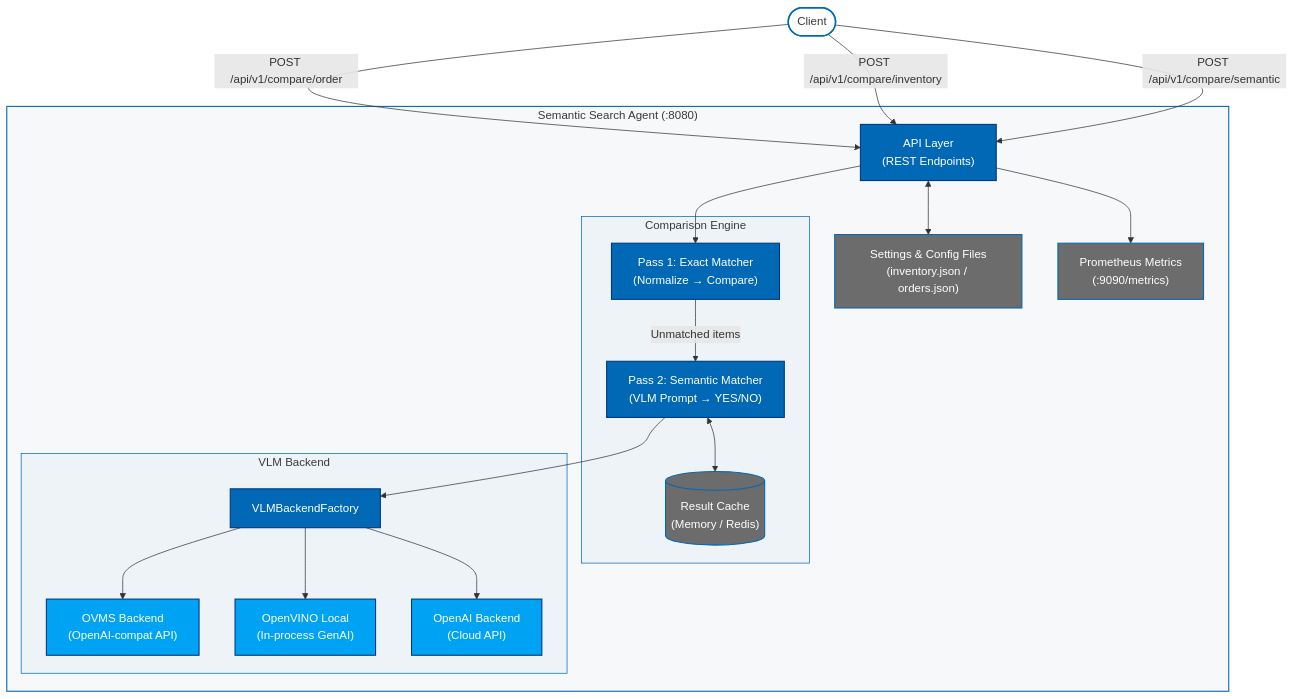
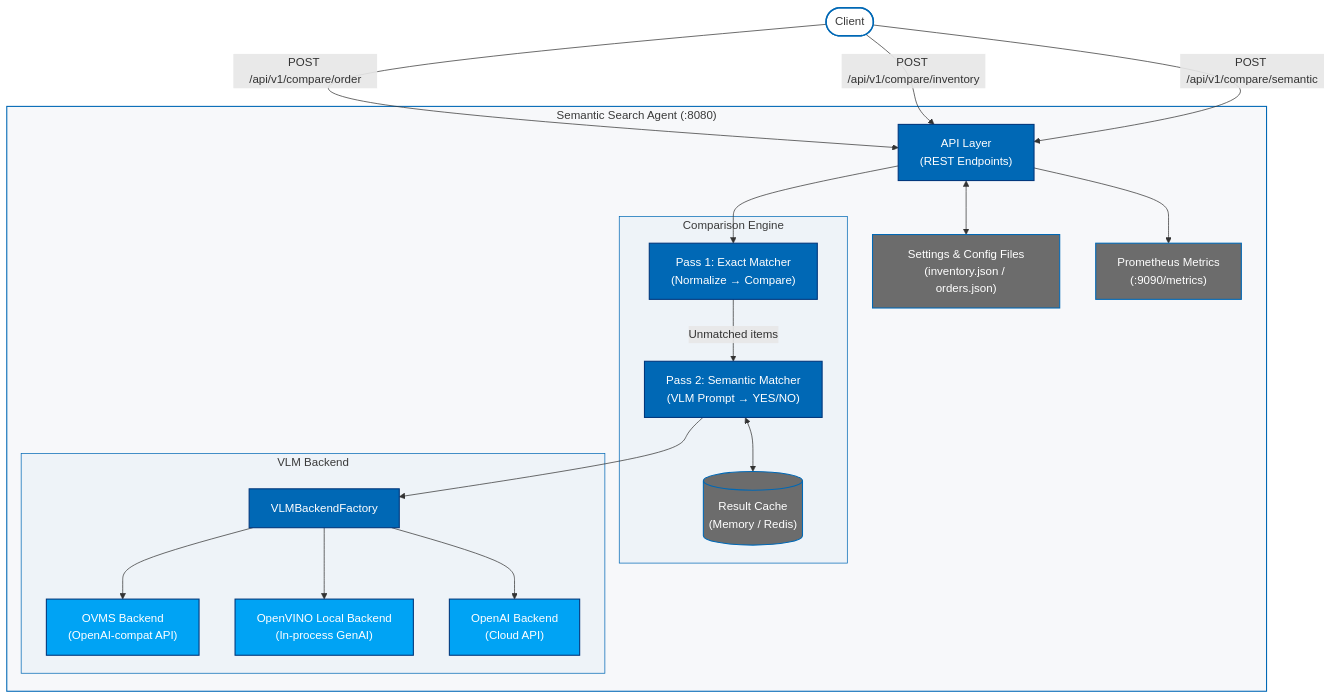
One commit to vkb1/edge-ai-libraries changed the diagram in microservices/semantic-search-agent/docs/user-guide/how-it-works.md. Above: the diagram before and after it, drawn with Mermaid. The commit also changed other lines of this file and 10 other files, not shown here.

````diff
--- a/microservices/semantic-search-agent/docs/user-guide/how-it-works.md
+++ b/microservices/semantic-search-agent/docs/user-guide/how-it-works.md
@@ -9,71 +9,71 @@
 ```mermaid
 %%{init: {
   'theme': 'base',
   'themeVariables': {
     'fontFamily': '"IntelOne Display", "Intel Clear", "Inter", "Segoe UI", Arial, sans-serif',
     'fontSize': '14px',
     'primaryColor': '#0068B5',
     'primaryTextColor': '#FFFFFF',
     'primaryBorderColor': '#00377C',
     'lineColor': '#00377C',
     'secondaryColor': '#EEF3F8',
     'tertiaryColor': '#F7F8FA',
     'background': '#FFFFFF',
     'mainBkg': '#FFFFFF',
     'clusterBkg': '#F7F8FA',
     'clusterBorder': '#0068B5',
     'edgeLabelBackground': '#FFFFFF',
     'noteBkgColor': '#F7F8FA',
     'noteTextColor': '#3A3A3A'
   }
 }}%%
 flowchart TD
     Client([Client])
 
     subgraph Service["Semantic Search Agent (:8080)"]
         API["API Layer<br/>(REST Endpoints)"]
 
         subgraph Engine["Comparison Engine"]
             ExactPass["Pass 1: Exact Matcher<br/>(Normalize → Compare)"]
             SemanticPass["Pass 2: Semantic Matcher<br/>(VLM Prompt → YES/NO)"]
             Cache[("Result Cache<br/>(Memory / Redis)")]
         end
 
         subgraph VLM["VLM Backend"]
             Factory["VLMBackendFactory"]
             OVMS["OVMS Backend<br/>(OpenAI-compat API)"]
-            OVLocal["OpenVINO Local<br/>(In-process GenAI)"]
+            OVLocal["OpenVINO Local Backend<br/>(In-process GenAI)"]
             OAI["OpenAI Backend<br/>(Cloud API)"]
         end
 
         Config["Settings & Config Files<br/>(inventory.json / orders.json)"]
         Metrics["Prometheus Metrics<br/>(:9090/metrics)"]
     end
 
     Client -- "POST /api/v1/compare/order" --> API
     Client -- "POST /api/v1/compare/inventory" --> API
     Client -- "POST /api/v1/compare/semantic" --> API
     API --> ExactPass
     ExactPass -->|Unmatched items| SemanticPass
     SemanticPass <--> Cache
     SemanticPass --> Factory
     Factory --> OVMS
     Factory --> OVLocal
     Factory --> OAI
     API <--> Config
     API --> Metrics
 
     classDef client fill:#FFFFFF,stroke:#0068B5,stroke-width:2px,color:#3A3A3A;
     classDef core fill:#0068B5,stroke:#00377C,stroke-width:1.5px,color:#FFFFFF;
     classDef backend fill:#00A3F4,stroke:#00377C,stroke-width:1.5px,color:#FFFFFF;
     classDef store fill:#6C6C6C,stroke:#0068B5,stroke-width:1.5px,color:#FFFFFF;
 
     class Client client;
     class API,ExactPass,SemanticPass,Factory core;
     class OVMS,OVLocal,OAI backend;
     class Cache,Config,Metrics store;
 
     style Service fill:#F7F8FA,stroke:#0068B5,stroke-width:1.5px,color:#3A3A3A;
     style Engine fill:#EEF3F8,stroke:#0068B5,stroke-width:1.0px,color:#3A3A3A;
     style VLM fill:#EEF3F8,stroke:#0068B5,stroke-width:1.0px,color:#3A3A3A;
 ```
````
